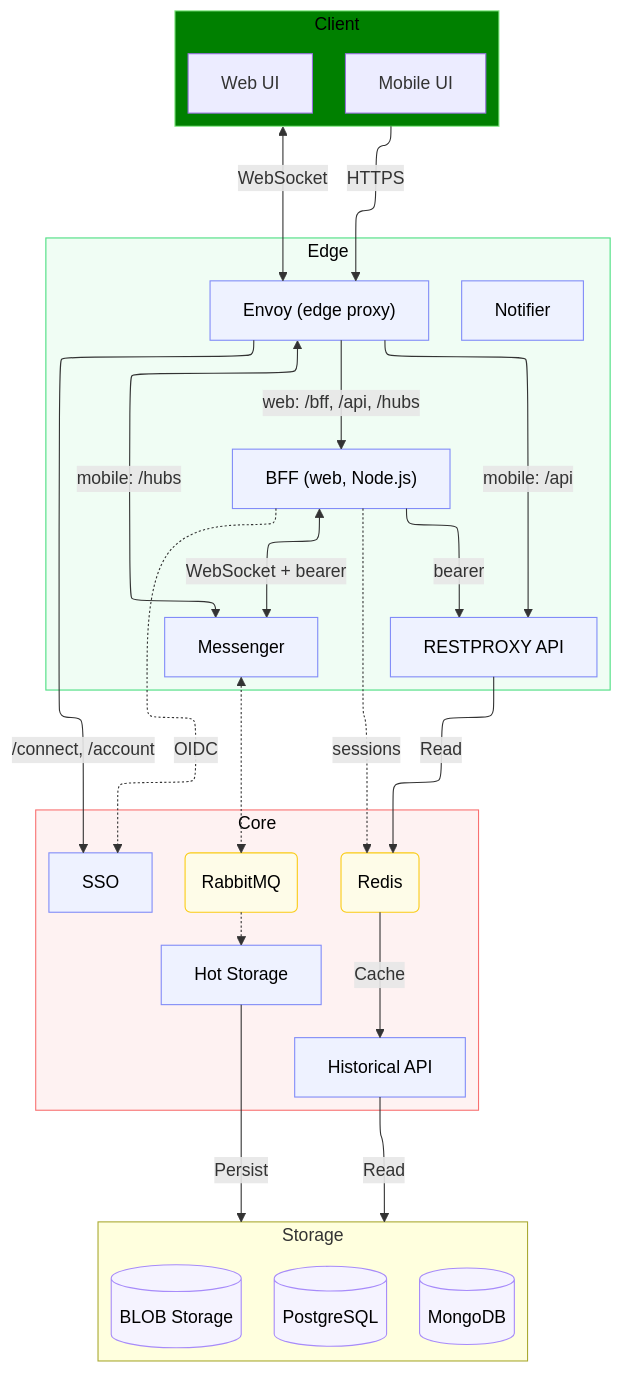
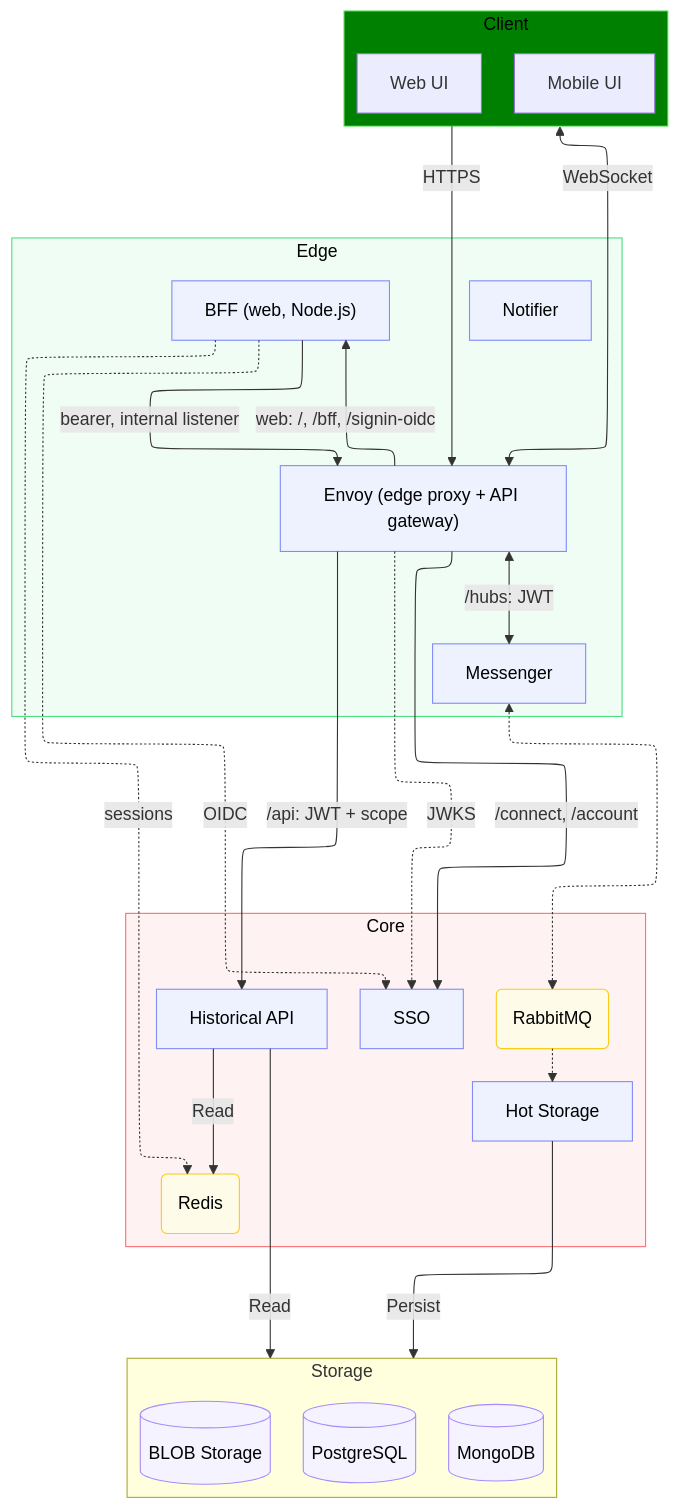
One commit to PablitoCBR/ChattyDuck changed the diagram in docs/system_overview_diagram.mmd. Above: the diagram before and after it, drawn with Mermaid. The commit also changed 5 other files, not shown here.

First line of the commit message:
docs: ADRs for the local environment and Envoy as API gateway

```diff
--- a/docs/system_overview_diagram.mmd
+++ b/docs/system_overview_diagram.mmd
@@ -1,66 +1,65 @@
 ---
 config:
   layout: elk
 ---
 graph TB
     subgraph Client["Client"]
         WebUI["Web UI"]
         MobileUI["Mobile UI"]
     end
 
     subgraph Edge["Edge"]
-        Envoy["Envoy (edge proxy)"]
+        Envoy["Envoy (edge proxy + API gateway)"]
         BFF["BFF (web, Node.js)"]
         Messenger["Messenger"]
         Notifier["Notifier"]
-        APIGateway["RESTPROXY API"]
     end
         
     subgraph Core["Core"]
         SSO["SSO"]
         Redis("Redis")
         HistoricalAPI["Historical API"]
         RabbitMQ("RabbitMQ")
         HotStorage["Hot Storage"]
     end
 
     subgraph Storage["Storage"]
         PostgreSQL[("PostgreSQL")]
         MongoDB[("MongoDB")]
         BLOB[("BLOB Storage")]
     end
 
-    %% ADR 0003: Envoy is the single public entry point (topology T3).
+    %% ADR 0003 + 0005: Envoy is the single public entry point and the API gateway.
+    %% It validates JWTs and per-route scopes on /api and /hubs; the BFF holds sessions.
     Client -->|HTTPS| Envoy
     Client <-->|WebSocket| Envoy
-    Envoy -->|web: /bff, /api, /hubs| BFF
-    Envoy -->|mobile: /api| APIGateway
-    Envoy <-->|mobile: /hubs| Messenger
+    Envoy -->|web: /, /bff, /signin-oidc| BFF
     Envoy -->|/connect, /account| SSO
-    BFF -->|bearer| APIGateway
-    BFF <-->|WebSocket + bearer| Messenger
+    Envoy -->|/api: JWT + scope| HistoricalAPI
+    Envoy <-->|/hubs: JWT| Messenger
+    Envoy -.->|JWKS| SSO
+    BFF -->|bearer, internal listener| Envoy
     BFF -.->|OIDC| SSO
     BFF -.->|sessions| Redis
 
     Messenger <-.-> RabbitMQ
-    APIGateway -->|Read| Redis
-    Redis -->|Cache| HistoricalAPI
+    HistoricalAPI -->|Read| Redis
     HistoricalAPI -->|Read| Storage
 
     RabbitMQ -.-> HotStorage
     HotStorage -->|Persist| Storage
 
     classDef clientPkg fill:green,stroke:lightgreen,color:black
     classDef edgePkg fill:#f0fdf4,stroke:#4ade80,color:black
     classDef corePkg fill:#fef2f2,stroke:#f87171,color:black
     classDef service fill:#eef2ff,stroke:#818cf8,color:black
     classDef storage fill:#fff7ed,stroke:#fb923c,color:black
     classDef database fill:#f5f3ff,stroke:#a78bfa,color:black
     classDef infrastructure fill:#fefce8,stroke:#facc15,color:black
 
     class Client clientPkg
     class Edge edgePkg
     class Core corePkg
-    class Envoy,BFF,Messenger,Notifier,APIGateway,SSO,HistoricalAPI,HotStorage service
+    class Envoy,BFF,Messenger,Notifier,SSO,HistoricalAPI,HotStorage service
     class Redis,RabbitMQ infrastructure
     class PostgreSQL,MongoDB,BLOB database
```
